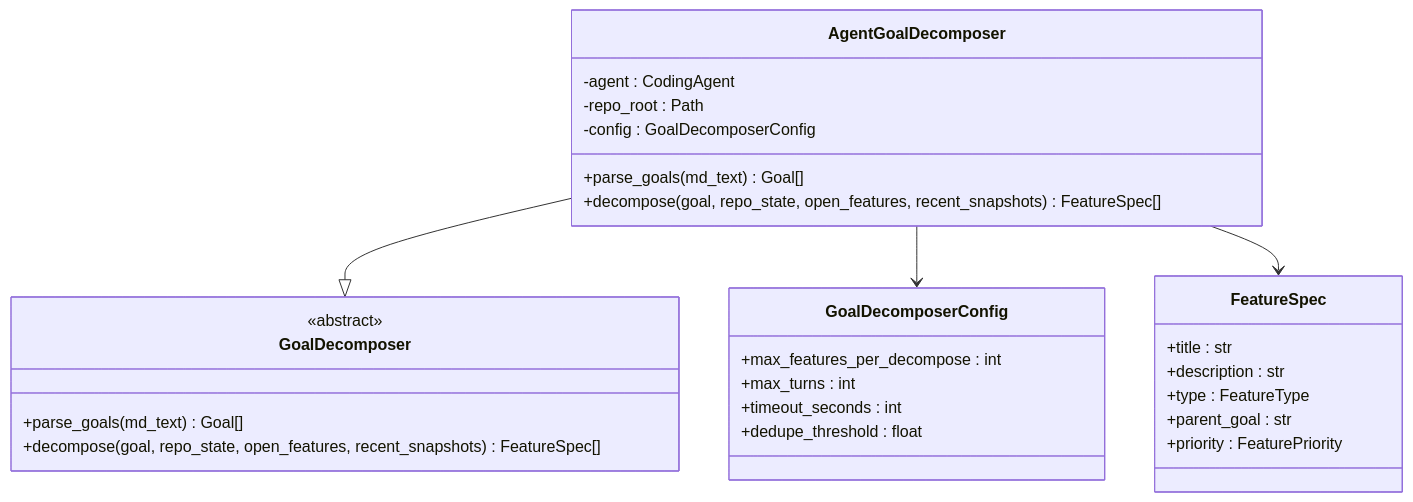
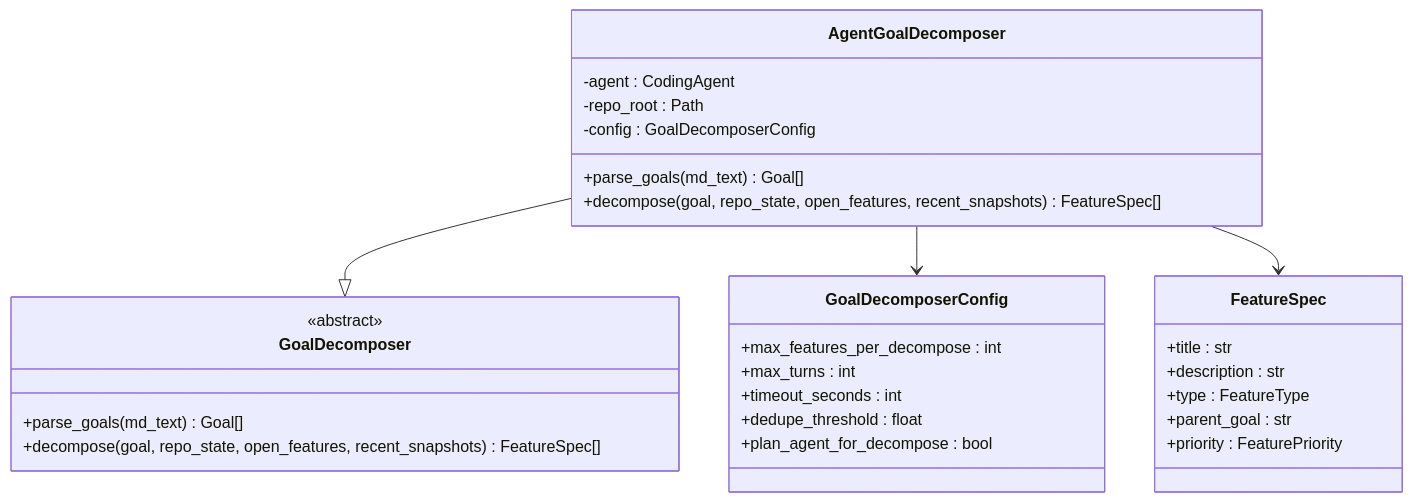
The fourth of 8 diagrams in .qoder/repowiki/zh/content/技术实现参考/自动目标分解功能.md (pinsonchen/vivify), drawn with Mermaid before and after one commit. The commit also changed other lines of this file and 9 other files, not shown here.

````diff
--- a/.qoder/repowiki/zh/content/技术实现参考/自动目标分解功能.md
+++ b/.qoder/repowiki/zh/content/技术实现参考/自动目标分解功能.md
@@ -165,31 +186,32 @@
 ```mermaid
 classDiagram
 class AgentGoalDecomposer {
 -agent : CodingAgent
 -repo_root : Path
 -config : GoalDecomposerConfig
 +parse_goals(md_text) Goal[]
 +decompose(goal, repo_state, open_features, recent_snapshots) FeatureSpec[]
 }
 class GoalDecomposer {
 <<abstract>>
 +parse_goals(md_text) Goal[]
 +decompose(goal, repo_state, open_features, recent_snapshots) FeatureSpec[]
 }
 class GoalDecomposerConfig {
 +max_features_per_decompose : int
 +max_turns : int
 +timeout_seconds : int
 +dedupe_threshold : float
++plan_agent_for_decompose : bool
 }
 class FeatureSpec {
 +title : str
 +description : str
 +type : FeatureType
 +parent_goal : str
 +priority : FeaturePriority
 }
 AgentGoalDecomposer --|> GoalDecomposer
 AgentGoalDecomposer --> GoalDecomposerConfig
 AgentGoalDecomposer --> FeatureSpec
 ```
````
